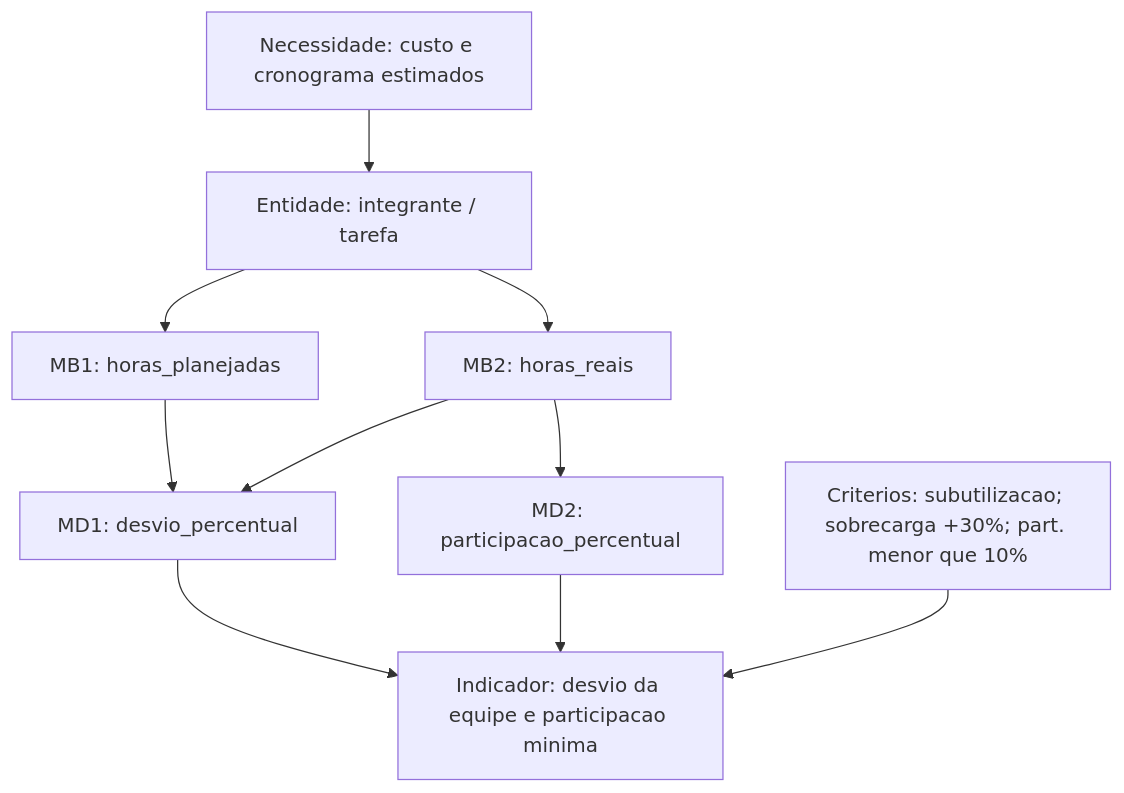
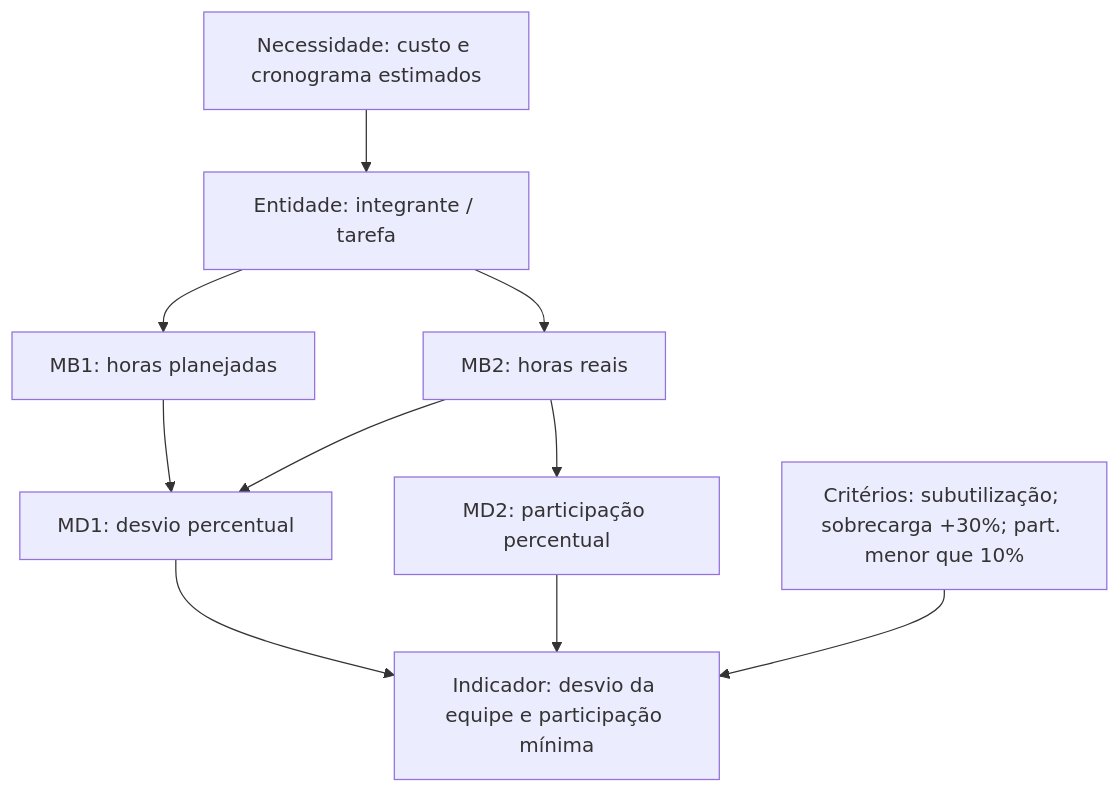
One commit to FCTE-Qualidade-de-Software-1/2026-2_T01_BETTY_SNYDER changed the first of 2 diagrams in docs/gestao-psm/recursos-e-custos.md. Above: the diagram before and after it, drawn with Mermaid. The commit also changed other lines of this file and 4 other files, not shown here.

Commit message:
docs(psm): alinha diagramas ao modelo da Aula 09 e rotulos com espacos

````diff
--- a/docs/gestao-psm/recursos-e-custos.md
+++ b/docs/gestao-psm/recursos-e-custos.md
@@ -19,20 +19,20 @@
 ```mermaid
 flowchart TB
   need["Necessidade: custo e cronograma estimados"]
   entity["Entidade: integrante / tarefa"]
-  hp["MB1: horas_planejadas"]
-  hr["MB2: horas_reais"]
-  desvio["MD1: desvio_percentual"]
-  part["MD2: participacao_percentual"]
-  ind["Indicador: desvio da equipe e participacao minima"]
-  crit["Criterios: subutilizacao; sobrecarga +30%; part. menor que 10%"]
+  hp["MB1: horas planejadas"]
+  hr["MB2: horas reais"]
+  desvio["MD1: desvio percentual"]
+  part["MD2: participação percentual"]
+  ind["Indicador: desvio da equipe e participação mínima"]
+  crit["Critérios: subutilização; sobrecarga +30%; part. menor que 10%"]
   need --> entity
   entity --> hp
   entity --> hr
   hp --> desvio
   hr --> desvio
   hr --> part
   desvio --> ind
   part --> ind
   crit --> ind
 ```
````
